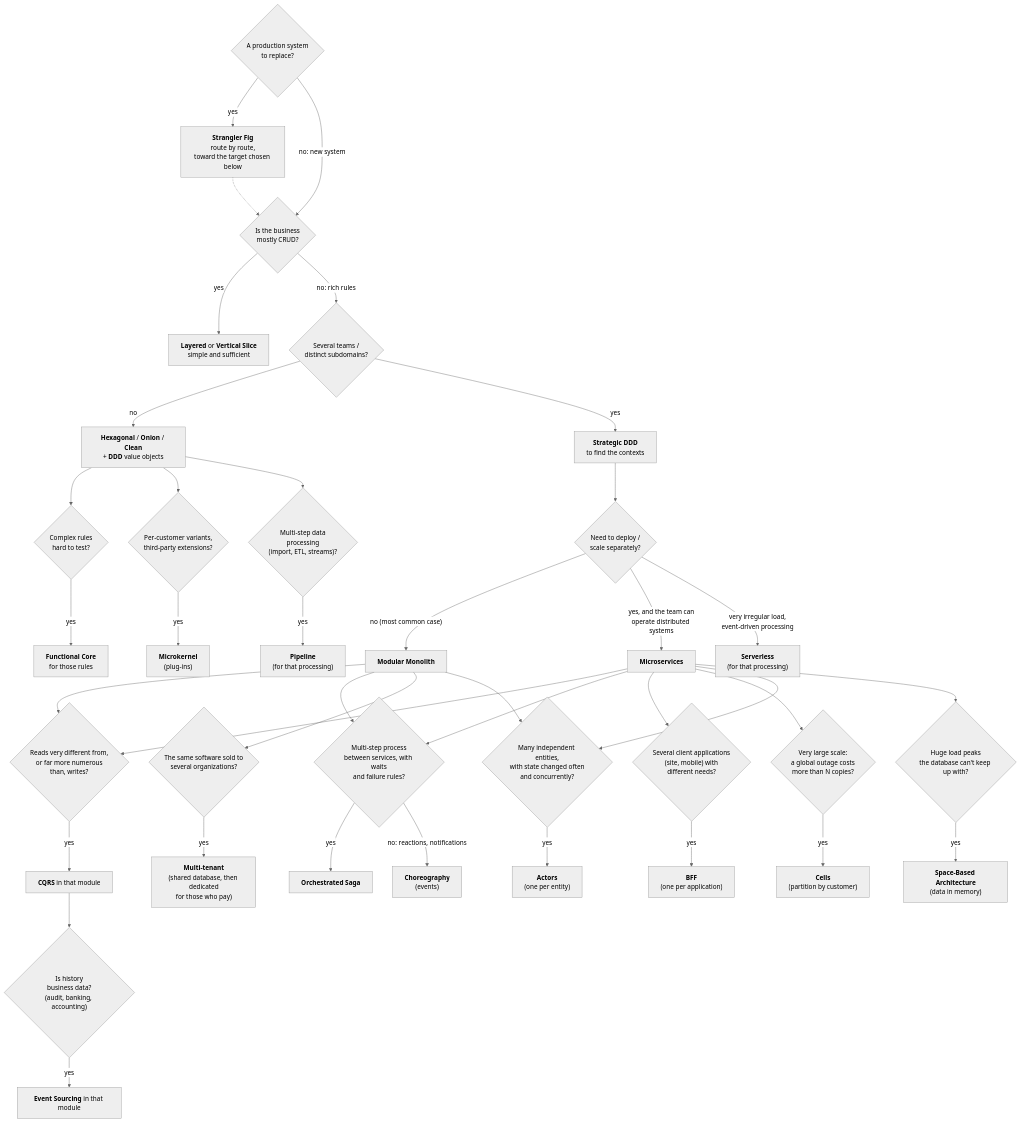
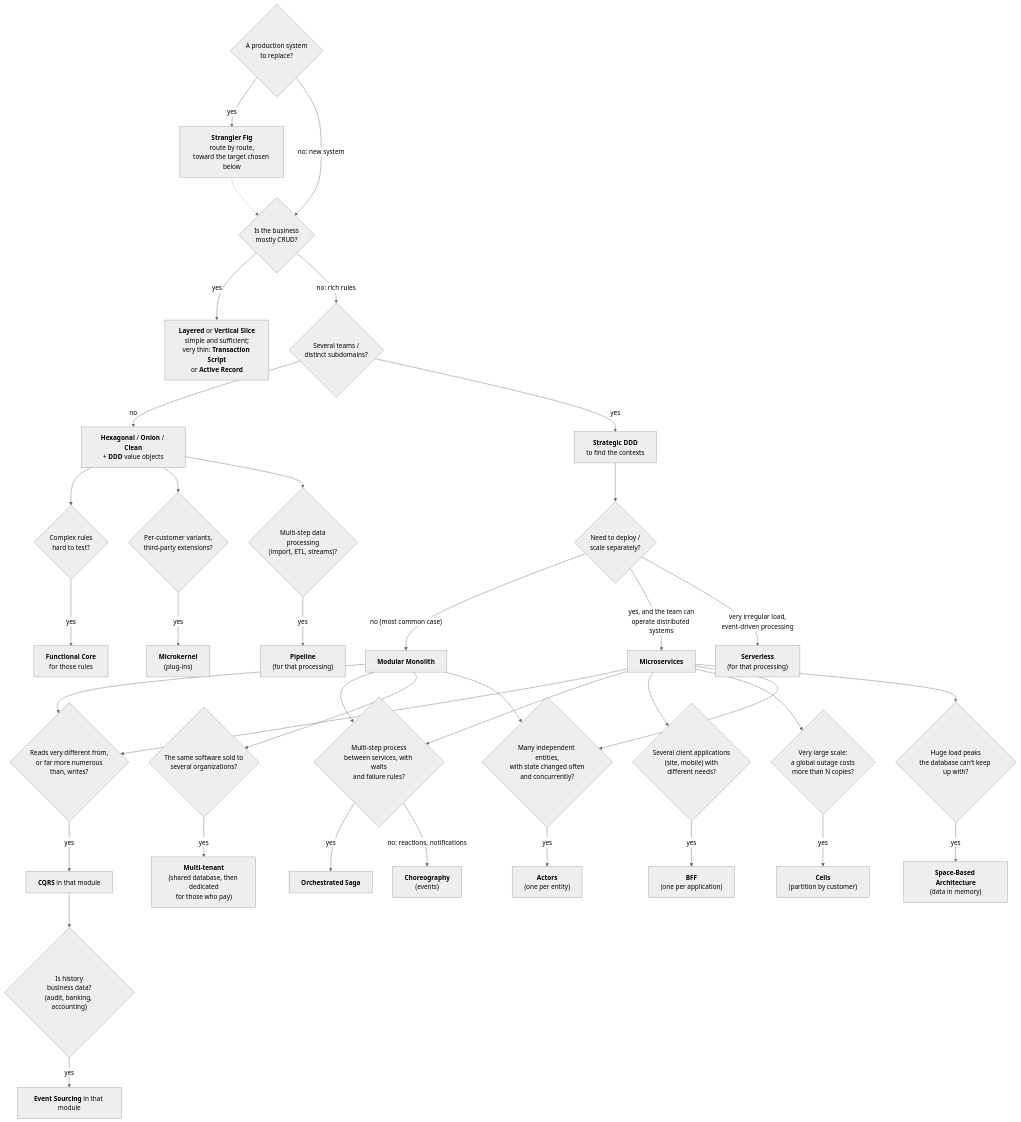
The third of 4 diagrams in Docs/en/README.md (drangoht/ArchitecturesDemo), drawn with Mermaid (neutral theme) before and after one commit. The commit also changed other lines of this file and 55 other files, not shown here.

First line of the commit message:
Demo 25: Transaction Script and Active Record (the starting point)

````diff
--- a/Docs/en/README.md
+++ b/Docs/en/README.md
@@ -151,40 +153,40 @@
 ```mermaid
 flowchart TD
     SF{"A production system<br/>to replace?"} -->|yes| SG["<b>Strangler Fig</b><br/>route by route,<br/>toward the target chosen below"]
     SF -->|"no: new system"| A
     SG -.-> A
-    A{"Is the business<br/>mostly CRUD?"} -->|yes| B["<b>Layered</b> or <b>Vertical Slice</b><br/>simple and sufficient"]
+    A{"Is the business<br/>mostly CRUD?"} -->|yes| B["<b>Layered</b> or <b>Vertical Slice</b><br/>simple and sufficient;<br/>very thin: <b>Transaction Script</b><br/>or <b>Active Record</b>"]
     A -->|"no: rich rules"| C{"Several teams /<br/>distinct subdomains?"}
     C -->|no| D["<b>Hexagonal</b> / <b>Onion</b> / <b>Clean</b><br/>+ <b>DDD</b> value objects"]
     C -->|yes| E["<b>Strategic DDD</b><br/>to find the contexts"]
     E --> F{"Need to deploy /<br/>scale separately?"}
     F -->|"no (most common case)"| G["<b>Modular Monolith</b>"]
     F -->|"yes, and the team can<br/>operate distributed systems"| H["<b>Microservices</b>"]
     F -->|"very irregular load,<br/>event-driven processing"| S["<b>Serverless</b><br/>(for that processing)"]
     G --> I{"Reads very different from,<br/>or far more numerous<br/>than, writes?"}
     H --> I
     I -->|yes| J["<b>CQRS</b> in that module"]
     J --> K{"Is history<br/>business data?<br/>(audit, banking, accounting)"}
     K -->|yes| L["<b>Event Sourcing</b> in that module"]
     D --> M{"Complex rules<br/>hard to test?"}
     M -->|yes| N["<b>Functional Core</b><br/>for those rules"]
     D --> P{"Per-customer variants,<br/>third-party extensions?"}
     P -->|yes| Q["<b>Microkernel</b><br/>(plug-ins)"]
     D --> PL{"Multi-step data<br/>processing<br/>(import, ETL, streams)?"}
     PL -->|yes| PM["<b>Pipeline</b><br/>(for that processing)"]
     H --> T{"Multi-step process<br/>between services, with waits<br/>and failure rules?"}
     G --> T
     T -->|yes| U["<b>Orchestrated Saga</b>"]
     T -->|"no: reactions, notifications"| V["<b>Choreography</b><br/>(events)"]
     G --> W{"The same software sold to<br/>several organizations?"}
     W -->|yes| X["<b>Multi-tenant</b><br/>(shared database, then dedicated<br/>for those who pay)"]
     H --> Y{"Several client applications<br/>(site, mobile) with<br/>different needs?"}
     Y -->|yes| Z["<b>BFF</b><br/>(one per application)"]
     H --> CA{"Very large scale:<br/>a global outage costs<br/>more than N copies?"}
     CA -->|yes| CB["<b>Cells</b><br/>(partition by customer)"]
     G --> AC{"Many independent entities,<br/>with state changed often<br/>and concurrently?"}
     H --> AC
     AC -->|yes| AD["<b>Actors</b><br/>(one per entity)"]
     H --> SB{"Huge load peaks<br/>the database can't keep up with?"}
     SB -->|yes| SC["<b>Space-Based Architecture</b><br/>(data in memory)"]
 ```
````
